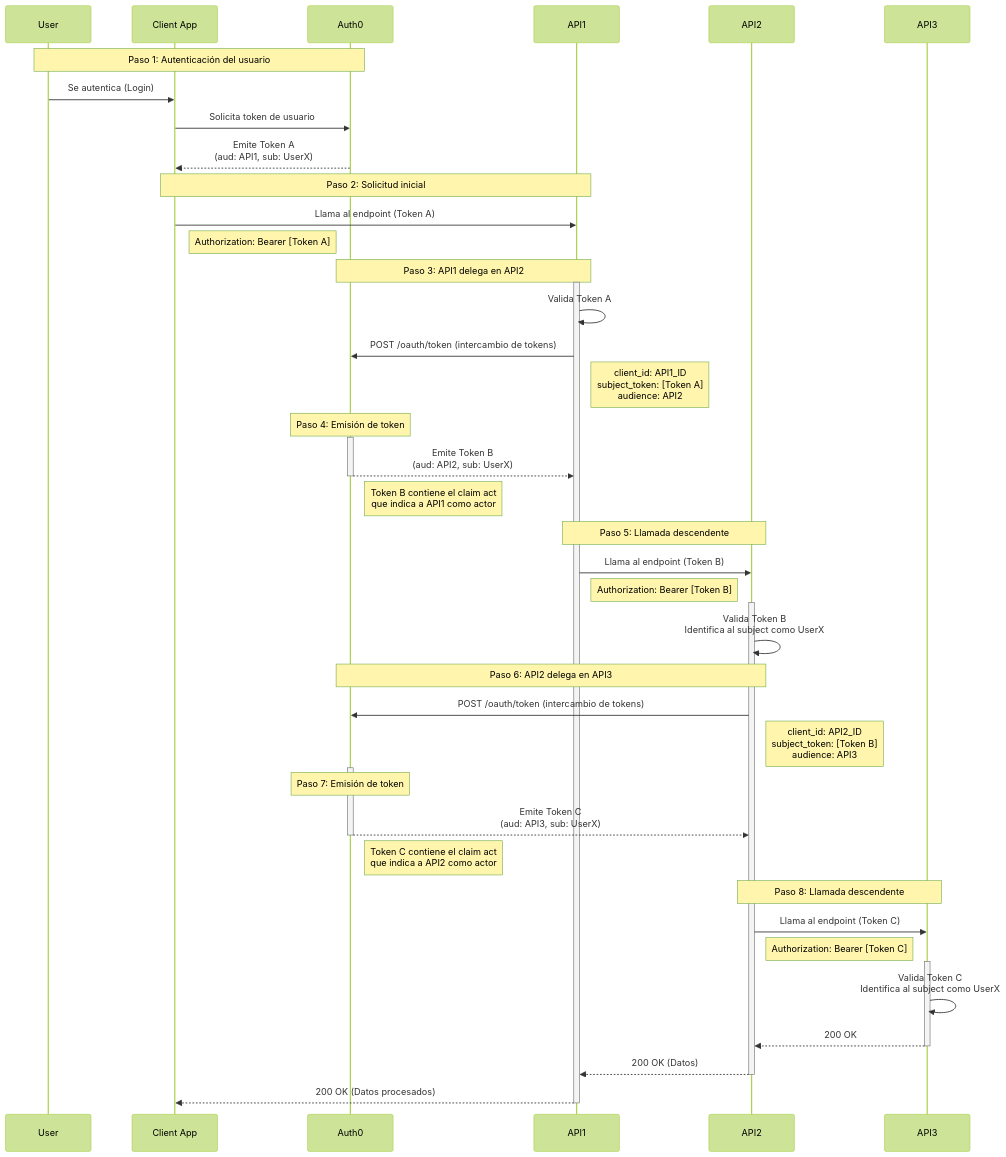
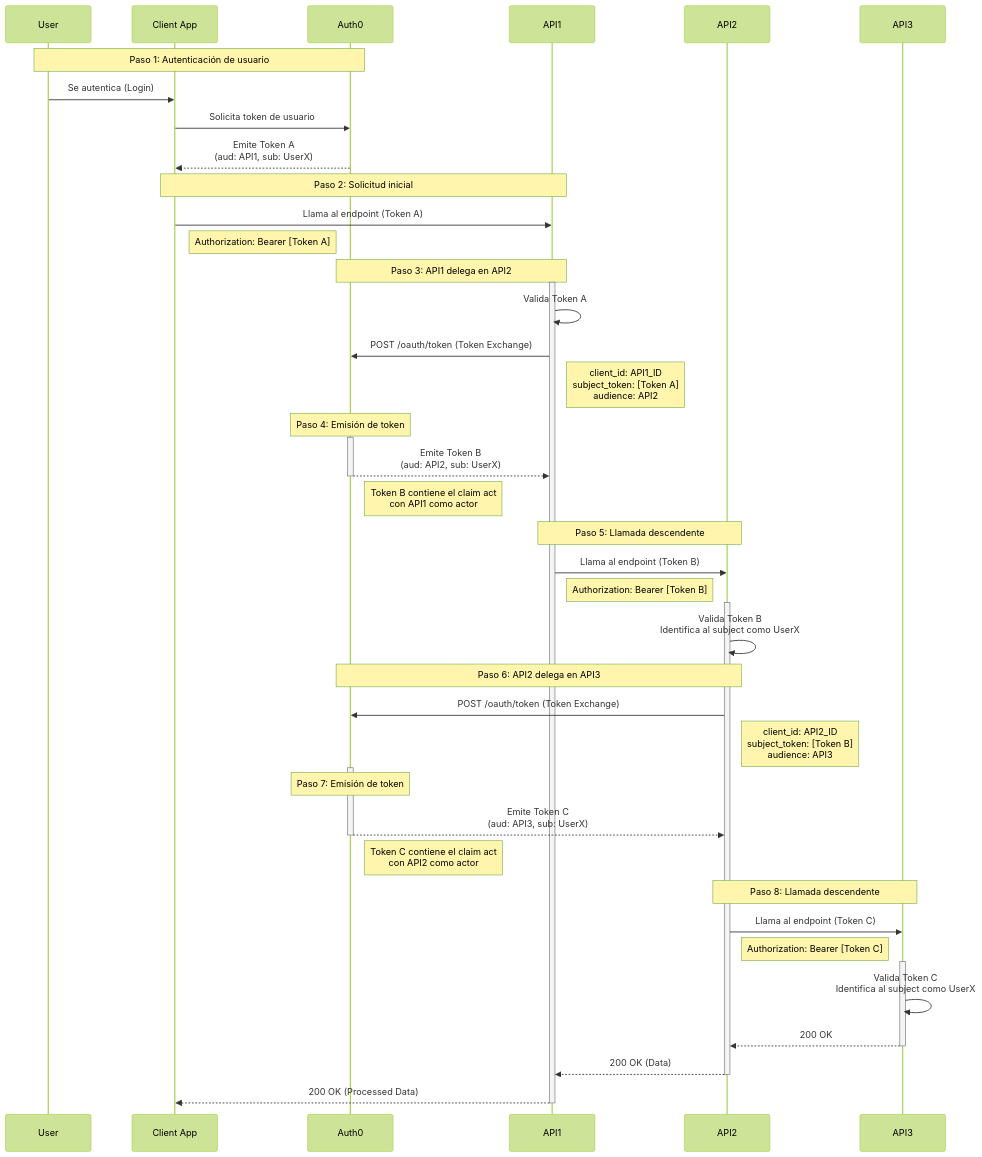
Before and after one commit to mikemimik/docs-v2: the second of 2 diagrams in main/docs/es/secure/call-apis-on-users-behalf/on-behalf-of-token-exchange.mdx, drawn with Mermaid (forest theme). The commit also changed other lines of this file and 5073 other files, not shown here.

````diff
--- a/main/docs/es/secure/call-apis-on-users-behalf/on-behalf-of-token-exchange.mdx
+++ b/main/docs/es/secure/call-apis-on-users-behalf/on-behalf-of-token-exchange.mdx
@@ -208,59 +208,59 @@
 ```mermaid
 sequenceDiagram
     participant User
     participant Client App
     participant Auth0
     participant API1
     participant API2
     participant API3
 
-    Note over User,Auth0: Paso 1: Autenticación del usuario
+    Note over User,Auth0: Paso 1: Autenticación de usuario
     User->>Client App: Se autentica (Login)
     Client App->>Auth0: Solicita token de usuario
     Auth0-->>Client App: Emite Token A<br/>(aud: API1, sub: UserX)
 
     Note over Client App,API1: Paso 2: Solicitud inicial
     Client App->>API1: Llama al endpoint (Token A)
     Note right of Client App: Authorization: Bearer [Token A]
 
     Note over API1,Auth0: Paso 3: API1 delega en API2
     activate API1
     API1->>API1: Valida Token A
-    API1->>Auth0: POST /oauth/token (intercambio de tokens)
+    API1->>Auth0: POST /oauth/token (Token Exchange)
     Note right of API1: client_id: API1_ID<br/>subject_token: [Token A]<br/>audience: API2
 
     Note over Auth0: Paso 4: Emisión de token
     activate Auth0
     Auth0-->>API1: Emite Token B<br/>(aud: API2, sub: UserX)
     deactivate Auth0
-    Note right of Auth0: Token B contiene el claim act<br/>que indica a API1 como actor
+    Note right of Auth0: Token B contiene el claim act<br/>con API1 como actor
 
     Note over API1,API2: Paso 5: Llamada descendente
     API1->>API2: Llama al endpoint (Token B)
     Note right of API1: Authorization: Bearer [Token B]
     activate API2
     API2->>API2: Valida Token B<br/>Identifica al subject como UserX
 
     Note over API2,Auth0: Paso 6: API2 delega en API3
-    API2->>Auth0: POST /oauth/token (intercambio de tokens)
+    API2->>Auth0: POST /oauth/token (Token Exchange)
     Note right of API2: client_id: API2_ID<br/>subject_token: [Token B]<br/>audience: API3
     activate Auth0
 
     Note over Auth0: Paso 7: Emisión de token
     Auth0-->>API2: Emite Token C<br/>(aud: API3, sub: UserX)
     deactivate Auth0
-    Note right of Auth0: Token C contiene el claim act<br/>que indica a API2 como actor
+    Note right of Auth0: Token C contiene el claim act<br/>con API2 como actor
 
     Note over API2,API3: Paso 8: Llamada descendente
     API2->>API3: Llama al endpoint (Token C)
     Note right of API2: Authorization: Bearer [Token C]
     activate API3
     API3->>API3: Valida Token C<br/>Identifica al subject como UserX
     API3-->>API2: 200 OK
     deactivate API3
 
-    API2-->>API1: 200 OK (Datos)
+    API2-->>API1: 200 OK (Data)
     deactivate API2
-    API1-->>Client App: 200 OK (Datos procesados)
+    API1-->>Client App: 200 OK (Processed Data)
     deactivate API1
 ```
````
